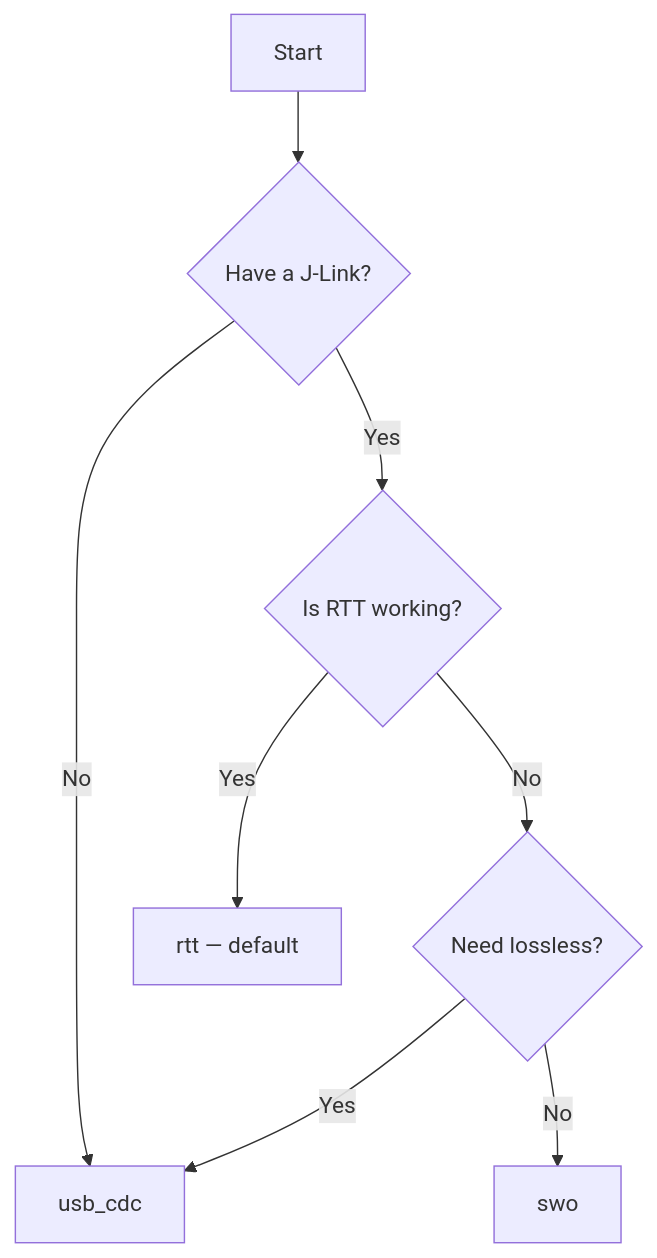
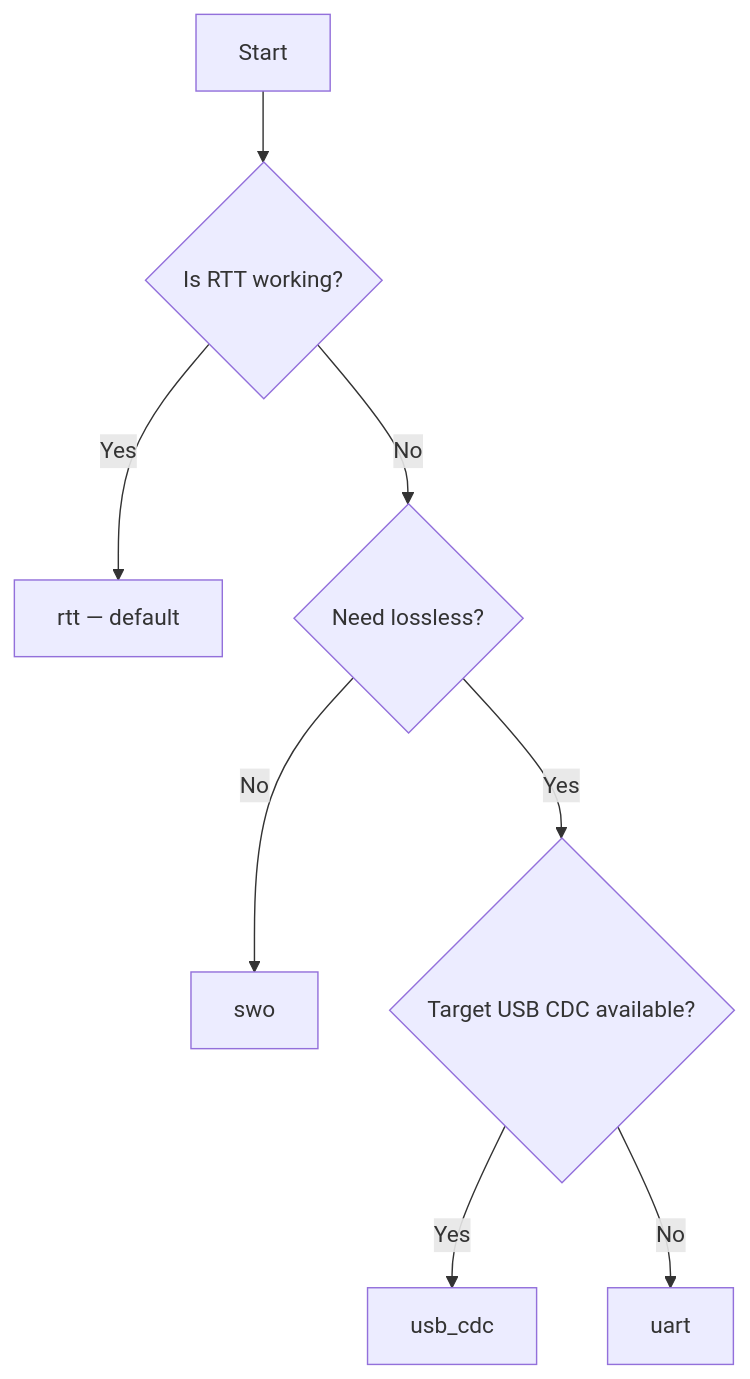
One commit to AmbiqAI/helia-profiler changed the diagram in docs/guide/transports.md. Above: the diagram before and after it, drawn with Mermaid. The commit also changed other lines of this file and 18 other files, not shown here.

````diff
--- a/docs/guide/transports.md
+++ b/docs/guide/transports.md
@@ -123,10 +126,10 @@
 ```mermaid
 graph TD
-    A[Start] --> B{Have a J-Link?}
-    B -->|No| C[usb_cdc]
-    B -->|Yes| D{Is RTT working?}
-    D -->|Yes| E[rtt — default]
-    D -->|No| F{Need lossless?}
-    F -->|Yes| C
-    F -->|No| G[swo]
+    A[Start] --> B{Is RTT working?}
+    B -->|Yes| C[rtt — default]
+    B -->|No| D{Need lossless?}
+    D -->|No| E[swo]
+    D -->|Yes| F{Target USB CDC available?}
+    F -->|Yes| G[usb_cdc]
+    F -->|No| H[uart]
 ```
````
